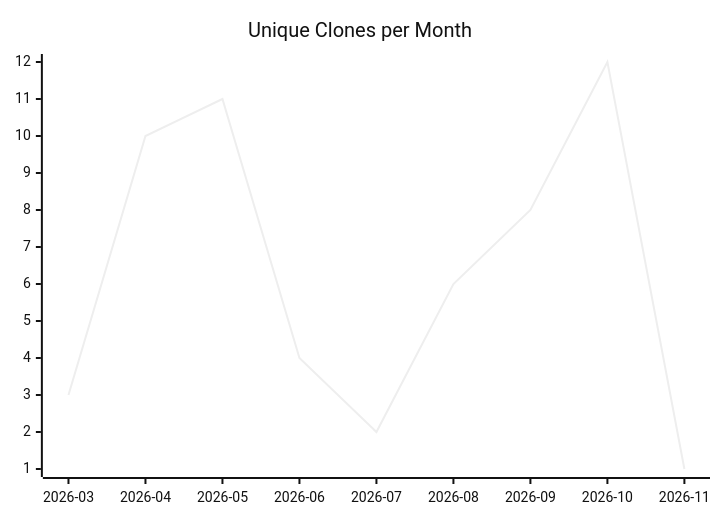
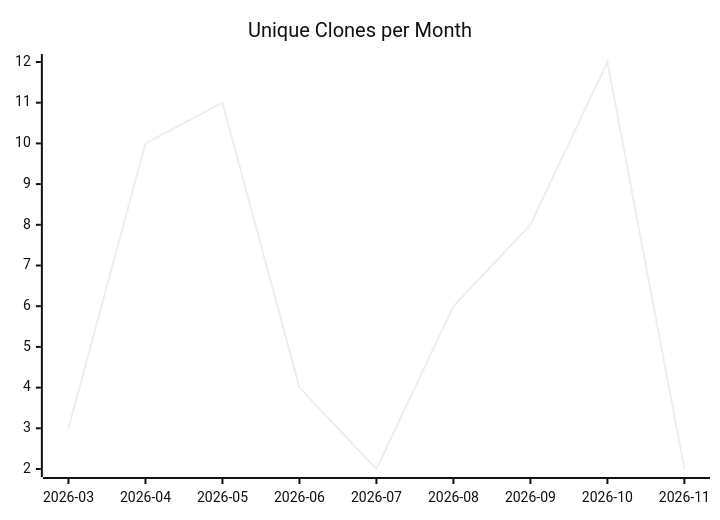
The third of 3 diagrams in karlmdavis/bbonfhir-dev-infra-docker/README.md (justdavis-family/github-analytics-data), drawn with Mermaid (neutral theme) before and after one commit. The commit also changed other lines of this file and 192 other files, not shown here.

````diff
--- a/karlmdavis/bbonfhir-dev-infra-docker/README.md
+++ b/karlmdavis/bbonfhir-dev-infra-docker/README.md
@@ -19,6 +19,6 @@
 ```mermaid
 xychart-beta
   title "Unique Clones per Month"
   x-axis ["2026-03", "2026-04", "2026-05", "2026-06", "2026-07", "2026-08", "2026-09", "2026-10", "2026-11"]
-  line [3, 10, 11, 4, 2, 6, 8, 12, 1]
+  line [3, 10, 11, 4, 2, 6, 8, 12, 2]
 ```
````
